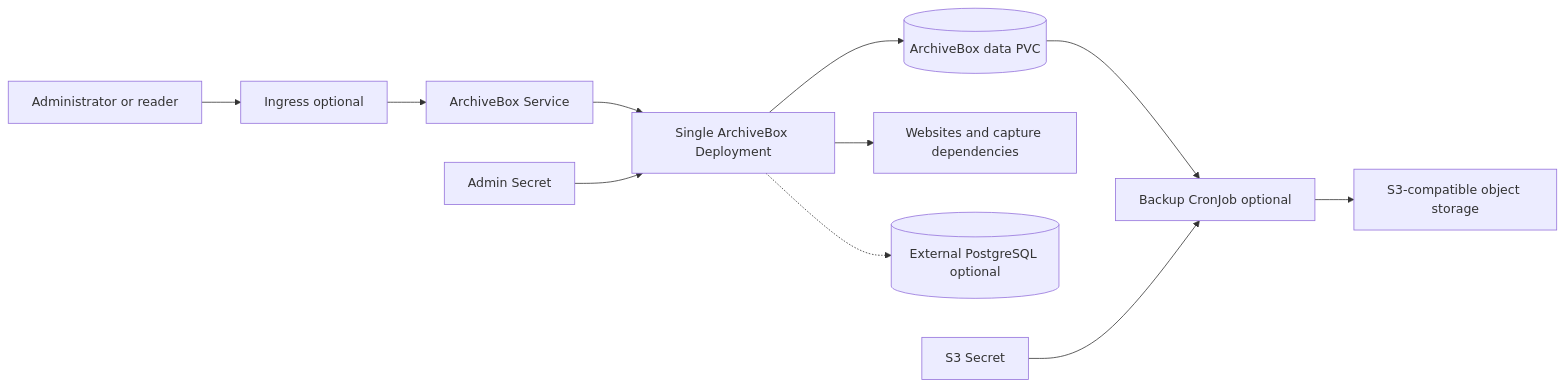
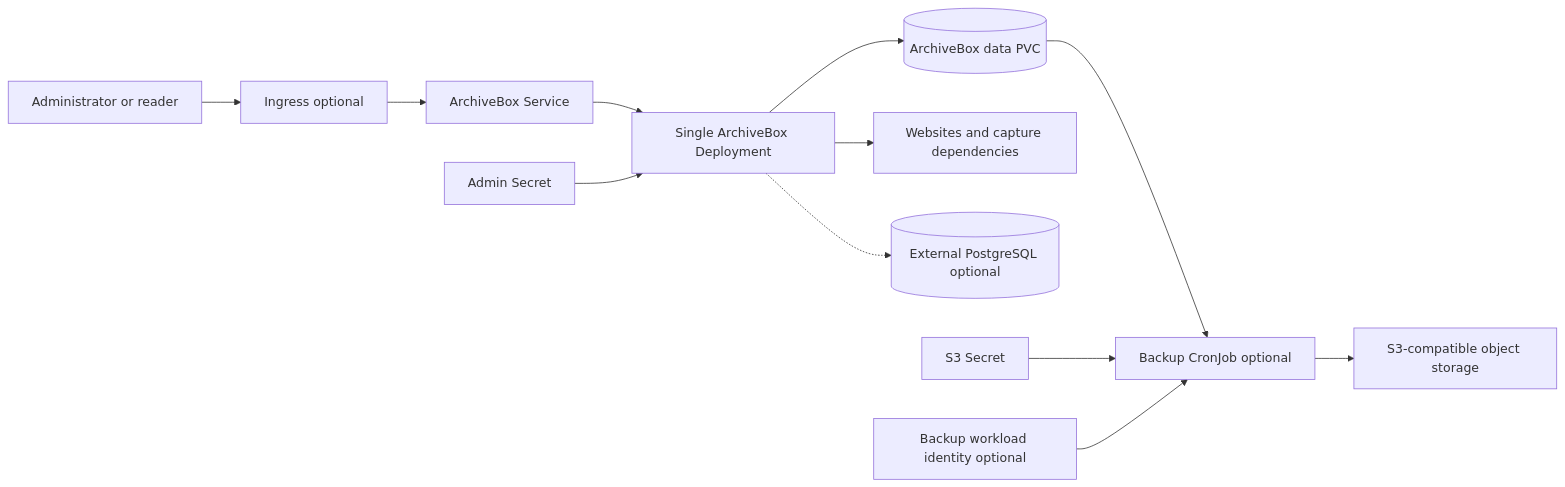
Before and after one commit to helmforgedev/charts: the diagram in charts/archivebox/DESIGN.md, drawn with Mermaid. The commit also changed other lines of this file and 23 other files, not shown here.

````diff
--- a/charts/archivebox/DESIGN.md
+++ b/charts/archivebox/DESIGN.md
@@ -16,13 +16,14 @@
 ```mermaid
 flowchart LR
   user[Administrator or reader] --> edge[Ingress optional]
   edge --> service[ArchiveBox Service]
   service --> app[Single ArchiveBox Deployment]
   admin[Admin Secret] --> app
   app --> data[(ArchiveBox data PVC)]
   app --> web[Websites and capture dependencies]
   app -.-> postgres[(External PostgreSQL optional)]
   data --> cron[Backup CronJob optional]
   cron --> s3[S3-compatible object storage]
   s3secret[S3 Secret] --> cron
+  backupidentity[Backup workload identity optional] --> cron
 ```
````
